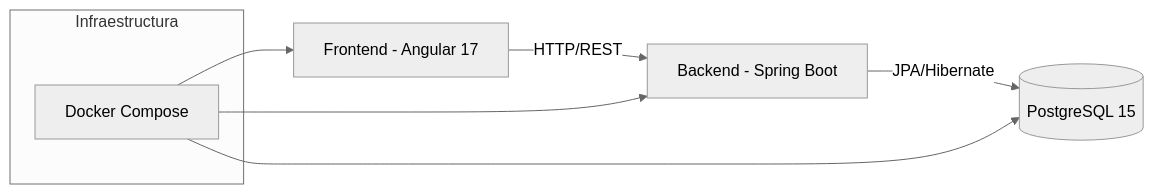
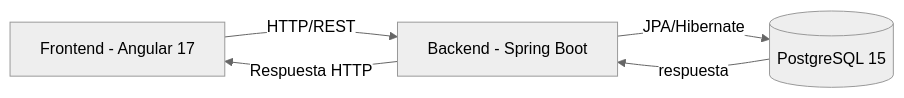
The diagram in README.md (ALGarciaY/PruebaPlay), drawn with Mermaid (neutral theme) before and after one commit. The commit also changed other lines of this file, not shown here.

````diff
--- a/README.md
+++ b/README.md
@@ -79,11 +74,7 @@
 ```mermaid
 flowchart LR
     A[Frontend - Angular 17] -->|HTTP/REST| B[Backend - Spring Boot]
     B -->|JPA/Hibernate| C[(PostgreSQL 15)]
-    subgraph Infraestructura
-        D[Docker Compose]
-    end
-    D --> A
-    D --> B
-    D --> C
+    C -->|respuesta| B[Backend - Spring Boot]
+    B -->|Respuesta HTTP| A[Frontend - Angular 17]
 ```
````
